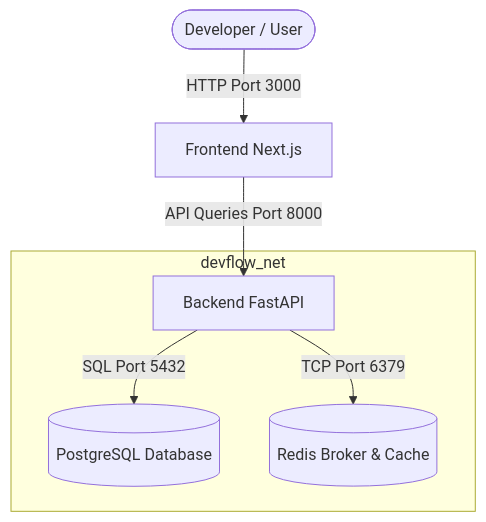
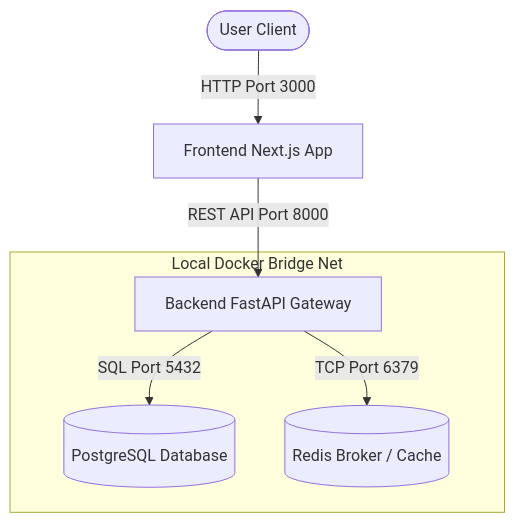
One commit to pravalika2307/DevFlow changed the second of 2 diagrams in README.md. Above: the diagram before and after it, drawn with Mermaid. The commit also changed other lines of this file and 9 other files, not shown here.

````diff
--- a/README.md
+++ b/README.md
@@ -11,13 +51,13 @@
 ```mermaid
 graph TD
-    User([Developer / User]) -->|HTTP Port 3000| FE[Frontend Next.js]
-    FE -->|API Queries Port 8000| BE[Backend FastAPI]
+    User([User Client]) -->|HTTP Port 3000| FE[Frontend Next.js App]
+    FE -->|REST API Port 8000| BE[Backend FastAPI Gateway]
     BE -->|SQL Port 5432| DB[(PostgreSQL Database)]
-    BE -->|TCP Port 6379| RD[(Redis Broker & Cache)]
+    BE -->|TCP Port 6379| RD[(Redis Broker / Cache)]
 
-    subgraph Docker Network [devflow_net]
+    subgraph local_network [Local Docker Bridge Net]
         BE
         DB
         RD
     end
 ```
````
